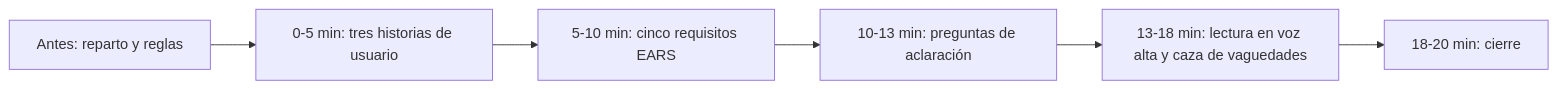
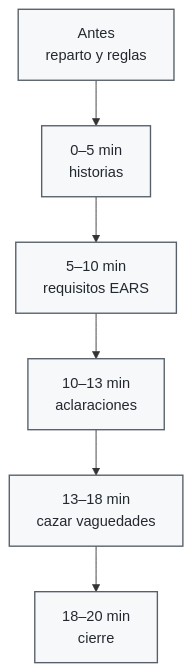
The diagram in ejercicios/04-dinamica-de-equipo-20-minutos.md (antroc/charla-sdd), drawn with Mermaid before and after one commit. The commit also changed 3 other files, not shown here.

Commit message:
Simplificar diagramas de los ejercicios avanzados

````diff
--- a/ejercicios/04-dinamica-de-equipo-20-minutos.md
+++ b/ejercicios/04-dinamica-de-equipo-20-minutos.md
@@ -39,8 +39,11 @@
 ```mermaid
-flowchart LR
-    b0["Antes: reparto y reglas"] --> b1["0-5 min: tres historias de usuario"]
-    b1 --> b2["5-10 min: cinco requisitos EARS"]
-    b2 --> b3["10-13 min: preguntas de aclaración"]
-    b3 --> b4["13-18 min: lectura en voz alta y caza de vaguedades"]
-    b4 --> b5["18-20 min: cierre"]
+flowchart TB
+  b0["Antes<br/>reparto y reglas"] --> b1["0–5 min<br/>historias"]
+  b1 --> b2["5–10 min<br/>requisitos EARS"]
+  b2 --> b3["10–13 min<br/>aclaraciones"]
+  b3 --> b4["13–18 min<br/>cazar vaguedades"]
+  b4 --> b5["18–20 min<br/>cierre"]
+
+  classDef step fill:#F6F8FA,stroke:#57606A,stroke-width:1.5px,color:#24292F;
+  class b0,b1,b2,b3,b4,b5 step;
 ```
````
